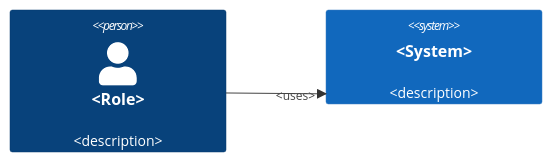
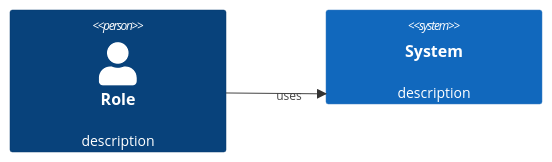
One commit to vuonglq01685/strata-kb changed the first of 2 diagrams in src/center_kb/templates/init/mission-template.md. Above: the diagram before and after it, drawn with Mermaid. The commit also changed other lines of this file and 2 other files, not shown here.

````diff
--- a/src/center_kb/templates/init/mission-template.md
+++ b/src/center_kb/templates/init/mission-template.md
@@ -17,6 +19,6 @@
 ```mermaid
 C4Context
-  Person(user, "<Role>", "<description>")
-  System(sys, "<System>", "<description>")
-  Rel(user, sys, "<uses>")
+  Person(user, "Role", "description")
+  System(sys, "System", "description")
+  Rel(user, sys, "uses")
 ```
````
